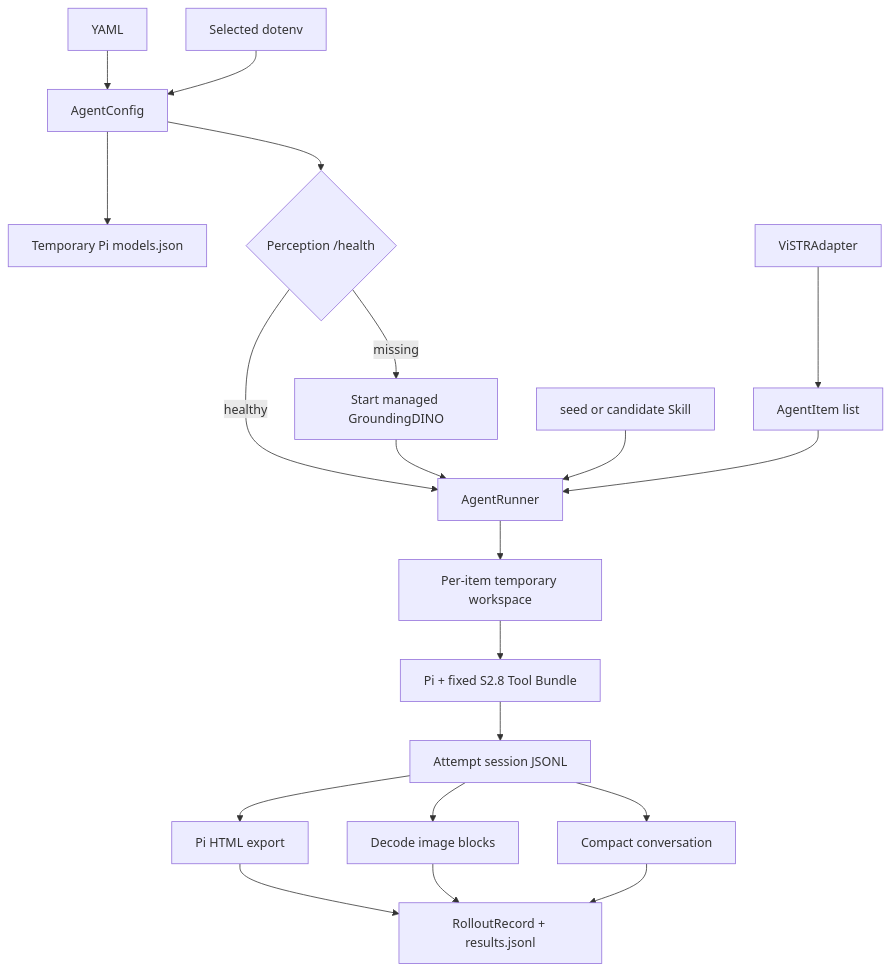
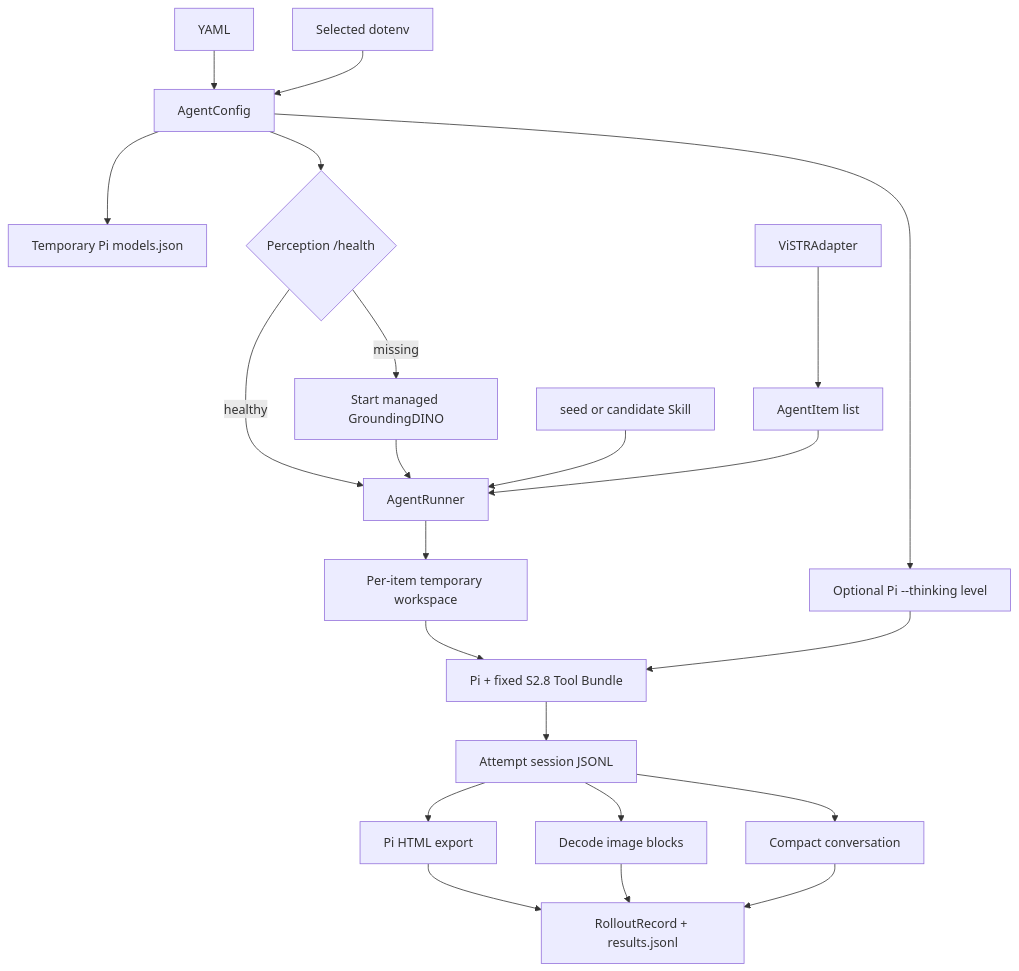
The diagram in docs/code_maps/systems/configurable_agent_runtime.md (tangqh03/4D-Agent), drawn with Mermaid before and after one commit. The commit also changed other lines of this file and 51 other files, not shown here.

````diff
--- a/docs/code_maps/systems/configurable_agent_runtime.md
+++ b/docs/code_maps/systems/configurable_agent_runtime.md
@@ -22,20 +22,22 @@
 ```mermaid
 flowchart TD
     Y[YAML] --> C[AgentConfig]
     E[Selected dotenv] --> C
     C --> M[Temporary Pi models.json]
+    C --> T[Optional Pi --thinking level]
     C --> S{Perception /health}
     S -->|healthy| R[AgentRunner]
     S -->|missing| P[Start managed GroundingDINO]
     P --> R
     D[ViSTRAdapter] --> I[AgentItem list]
     K[seed or candidate Skill] --> R
     I --> R
     R --> W[Per-item temporary workspace]
     W --> PI[Pi + fixed S2.8 Tool Bundle]
+    T --> PI
     PI --> J[Attempt session JSONL]
     J --> H[Pi HTML export]
     J --> X[Decode image blocks]
     J --> V[Compact conversation]
     H & X & V --> O[RolloutRecord + results.jsonl]
 ```
````
